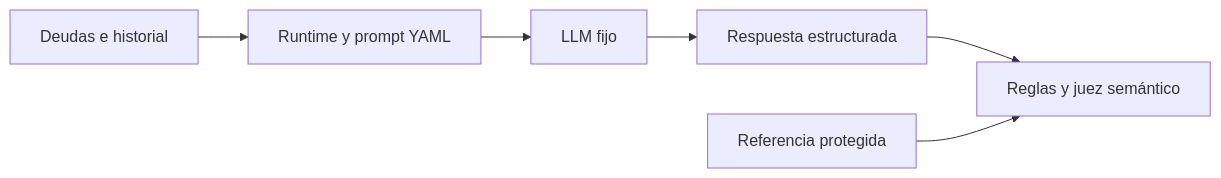
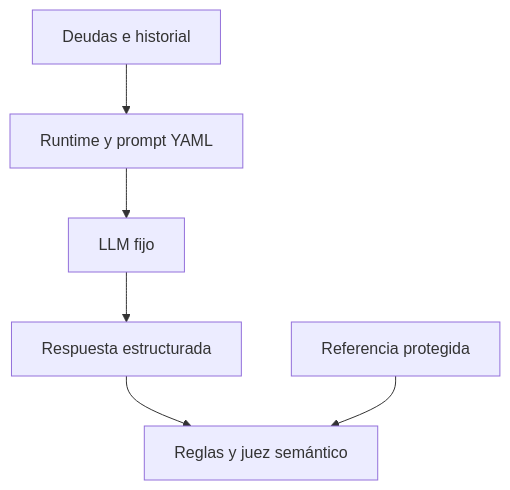
One commit to jairzinhosantos/thinking-harness changed the first of 2 diagrams in research/proposals/case-0003-debt-negotiation/README.es.md. Above: the diagram before and after it, drawn with Mermaid. The commit also changed other lines of this file and 11 other files, not shown here.

````diff
--- a/research/proposals/case-0003-debt-negotiation/README.es.md
+++ b/research/proposals/case-0003-debt-negotiation/README.es.md
@@ -80,8 +80,8 @@
 ```mermaid
-flowchart LR
+flowchart TD
     I[Deudas e historial] --> H[Runtime y prompt YAML]
     H --> L[LLM fijo]
     L --> R[Respuesta estructurada]
     R --> E[Reglas y juez semántico]
     G[Referencia protegida] --> E
 ```
````
